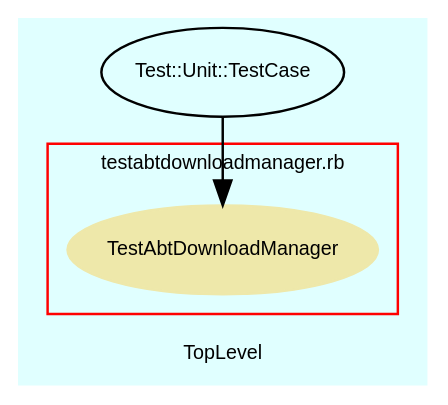
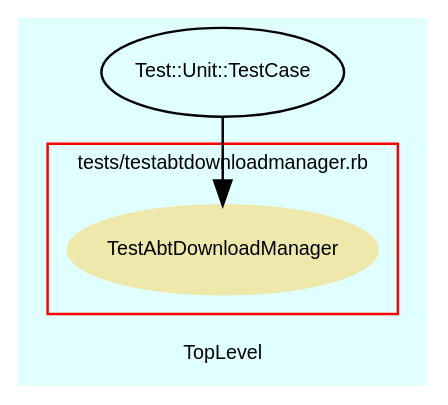
Before and after one commit to eschabell/abtlinux: the diagram in src/trunk/doc/dot/f_10.dot, drawn with Graphviz. The commit also changed 52 other files, not shown here.

```diff
--- a/src/trunk/doc/dot/f_10.dot
+++ b/src/trunk/doc/dot/f_10.dot
@@ -1,37 +1,37 @@
 digraph TopLevel {
     compound = true
     bgcolor = lightcyan1
     fontname = Arial
     fontsize = 8
     label = "TopLevel"
     node [
         fontname = Arial,
         fontsize = 8,
         color = black
     ]
 
     subgraph cluster_11 {
         fontname = Arial
         color = red
-        label = "testabtdownloadmanager.rb"
+        label = "tests/testabtdownloadmanager.rb"
         TestAbtDownloadManager [
             fontcolor = black,
             URL = "classes/TestAbtDownloadManager.html",
             shape = ellipse,
             color = palegoldenrod,
             style = filled,
             label = "TestAbtDownloadManager"
         ]
 
     }
 
     Test__Unit__TestCase [
         URL = "classes/Test/Unit/TestCase.html",
         label = "Test::Unit::TestCase"
     ]
 
     Test__Unit__TestCase -> TestAbtDownloadManager [
 
     ]
 
 }
```
